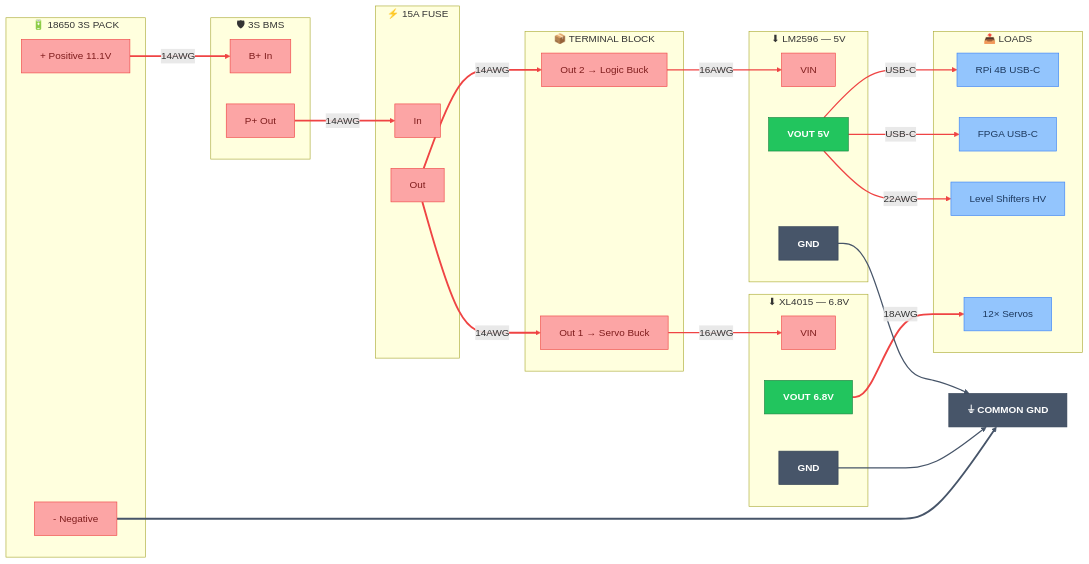
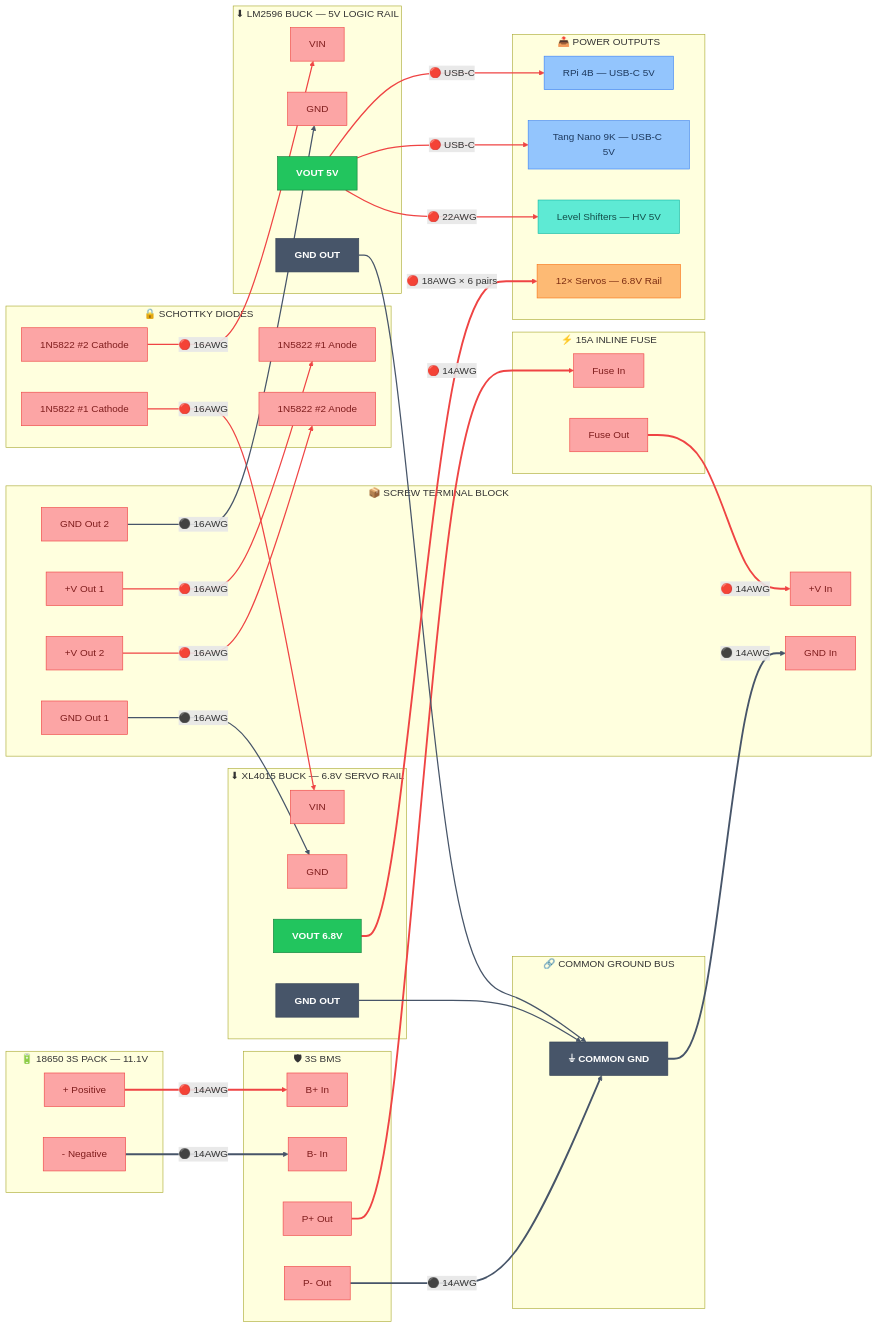
One commit to Major-Project-001/VIGIL-RQ changed the second of 9 diagrams in control/docs/wiring_diagram.md. Above: the diagram before and after it, drawn with Mermaid. The commit also changed other lines of this file, not shown here.

Commit message:
docs: Final wiring diagram — full detail + color-coded linkStyle on every line

````diff
--- a/control/docs/wiring_diagram.md
+++ b/control/docs/wiring_diagram.md
@@ -99,75 +152,107 @@
     classDef powerPin fill:#fca5a5,stroke:#ef4444,color:#7f1d1d
     classDef vcc fill:#22c55e,stroke:#15803d,color:#fff,font-weight:bold
     classDef gnd fill:#475569,stroke:#334155,color:#fff,font-weight:bold
-    classDef load fill:#93c5fd,stroke:#3b82f6,color:#1e3a5f
+    classDef rpiPin fill:#93c5fd,stroke:#3b82f6,color:#1e3a5f
+    classDef lsPin fill:#5eead4,stroke:#14b8a6,color:#134e4a
+    classDef servoPin fill:#fdba74,stroke:#f97316,color:#7c2d12
 
-    subgraph BATTERY["🔋 18650 3S PACK"]
-        BAT_POS["+ Positive 11.1V"]:::powerPin
+    subgraph BATTERY["🔋 18650 3S PACK — 11.1V"]
+        BAT_POS["+ Positive"]:::powerPin
         BAT_NEG["- Negative"]:::powerPin
     end
 
     subgraph BMS_BLOCK["🛡 3S BMS"]
-        BMS_IN["B+ In"]:::powerPin
-        BMS_OUT["P+ Out"]:::powerPin
+        BMS_BIN["B+ In"]:::powerPin
+        BMS_BMIN["B- In"]:::powerPin
+        BMS_POUT["P+ Out"]:::powerPin
+        BMS_NOUT["P- Out"]:::powerPin
     end
 
-    subgraph FUSE_BLOCK["⚡ 15A FUSE"]
-        FUSE_IN["In"]:::powerPin
-        FUSE_OUT["Out"]:::powerPin
+    subgraph FUSE_BLOCK["⚡ 15A INLINE FUSE"]
+        FUSE_IN["Fuse In"]:::powerPin
+        FUSE_OUT["Fuse Out"]:::powerPin
     end
 
-    subgraph TERMINAL["📦 TERMINAL BLOCK"]
-        T_V1["Out 1 → Servo Buck"]:::powerPin
-        T_V2["Out 2 → Logic Buck"]:::powerPin
+    subgraph TERMINAL["📦 SCREW TERMINAL BLOCK"]
+        T_VIN["+V In"]:::powerPin
+        T_GND["GND In"]:::powerPin
+        T_OUT1["+V Out 1"]:::powerPin
+        T_OUT2["+V Out 2"]:::powerPin
+        T_GND1["GND Out 1"]:::powerPin
+        T_GND2["GND Out 2"]:::powerPin
     end
 
-    subgraph SERVO_BUCK["⬇ XL4015 — 6.8V"]
-        BS_VIN["VIN"]:::powerPin
-        BS_VOUT["VOUT 6.8V"]:::vcc
-        BS_GND["GND"]:::gnd
+    subgraph DIODES["🔒 SCHOTTKY DIODES"]
+        D1_A["1N5822 #1 Anode"]:::powerPin
+        D1_K["1N5822 #1 Cathode"]:::powerPin
+        D2_A["1N5822 #2 Anode"]:::powerPin
+        D2_K["1N5822 #2 Cathode"]:::powerPin
     end
 
-    subgraph LOGIC_BUCK["⬇ LM2596 — 5V"]
-        BL_VIN["VIN"]:::powerPin
-        BL_VOUT["VOUT 5V"]:::vcc
-        BL_GND["GND"]:::gnd
+    subgraph BUCK_SERVO["⬇ XL4015 BUCK — 6.8V SERVO RAIL"]
+        BS_VIN["VIN"]:::powerPin
+        BS_GND["GND"]:::powerPin
+        BS_VOUT["VOUT 6.8V"]:::vcc
+        BS_GNDO["GND OUT"]:::gnd
     end
 
-    subgraph LOADS["📤 LOADS"]
-        RPI_PWR["RPi 4B USB-C"]:::load
-        FPGA_PWR["FPGA USB-C"]:::load
-        LS_PWR["Level Shifters HV"]:::load
-        SERVO_PWR["12× Servos"]:::load
+    subgraph BUCK_LOGIC["⬇ LM2596 BUCK — 5V LOGIC RAIL"]
+        BL_VIN["VIN"]:::powerPin
+        BL_GND["GND"]:::powerPin
+        BL_VOUT["VOUT 5V"]:::vcc
+        BL_GNDO["GND OUT"]:::gnd
     end
 
-    GND_STAR["⏚ COMMON GND"]:::gnd
+    subgraph COMMON_BUS["🔗 COMMON GROUND BUS"]
+        GND_BUS["⏚ COMMON GND"]:::gnd
+    end
 
-    BAT_POS -->|"14AWG"| BMS_IN
-    BMS_OUT -->|"14AWG"| FUSE_IN
-    FUSE_OUT -->|"14AWG"| T_V1
-    FUSE_OUT -->|"14AWG"| T_V2
-    T_V1 -->|"16AWG"| BS_VIN
-    T_V2 -->|"16AWG"| BL_VIN
-    BS_VOUT -->|"18AWG"| SERVO_PWR
-    BL_VOUT -->|"USB-C"| RPI_PWR
-    BL_VOUT -->|"USB-C"| FPGA_PWR
-    BL_VOUT -->|"22AWG"| LS_PWR
+    subgraph LOADS["📤 POWER OUTPUTS"]
+        RPI_5V["RPi 4B — USB-C 5V"]:::rpiPin
+        FPGA_5V["Tang Nano 9K — USB-C 5V"]:::rpiPin
+        LS_HV["Level Shifters — HV 5V"]:::lsPin
+        SERVO_PWR["12× Servos — 6.8V Rail"]:::servoPin
+    end
 
-    BAT_NEG --> GND_STAR
-    BS_GND --> GND_STAR
-    BL_GND --> GND_STAR
+    %% Battery → BMS (links 0-1)
+    BAT_POS -->|"🔴 14AWG"| BMS_BIN
+    BAT_NEG -->|"⚫ 14AWG"| BMS_BMIN
+
+    %% BMS → Fuse/GND (links 2-3)
+    BMS_POUT -->|"🔴 14AWG"| FUSE_IN
+    BMS_NOUT -->|"⚫ 14AWG"| GND_BUS
+
+    %% Fuse → Terminal (links 4-5)
+    FUSE_OUT -->|"🔴 14AWG"| T_VIN
+    GND_BUS -->|"⚫ 14AWG"| T_GND
+
+    %% Terminal → Diodes → Bucks (links 6-11)
+    T_OUT1 -->|"🔴 16AWG"| D1_A
+    D1_K -->|"🔴 16AWG"| BS_VIN
+    T_OUT2 -->|"🔴 16AWG"| D2_A
+    D2_K -->|"🔴 16AWG"| BL_VIN
+    T_GND1 -->|"⚫ 16AWG"| BS_GND
+    T_GND2 -->|"⚫ 16AWG"| BL_GND
+
+    %% Buck GND → common (links 12-13)
+    BS_GNDO --> GND_BUS
+    BL_GNDO --> GND_BUS
+
+    %% Buck outputs → loads (links 14-17)
+    BS_VOUT ==>|"🔴 18AWG × 6 pairs"| SERVO_PWR
+    BL_VOUT -->|"🔴 USB-C"| RPI_5V
+    BL_VOUT -->|"🔴 USB-C"| FPGA_5V
+    BL_VOUT -->|"🔴 22AWG"| LS_HV
 
     linkStyle 0 stroke:#ef4444,stroke-width:3px
-    linkStyle 1 stroke:#ef4444,stroke-width:3px
+    linkStyle 1 stroke:#475569,stroke-width:3px
     linkStyle 2 stroke:#ef4444,stroke-width:3px
-    linkStyle 3 stroke:#ef4444,stroke-width:3px
-    linkStyle 4 stroke:#ef4444,stroke-width:2px
-    linkStyle 5 stroke:#ef4444,stroke-width:2px
-    linkStyle 6 stroke:#ef4444,stroke-width:3px
-    linkStyle 7 stroke:#ef4444,stroke-width:2px
-    linkStyle 8 stroke:#ef4444,stroke-width:2px
-    linkStyle 9 stroke:#ef4444,stroke-width:2px
-    linkStyle 10 stroke:#475569,stroke-width:3px
-    linkStyle 11 stroke:#475569,stroke-width:2px
-    linkStyle 12 stroke:#475569,stroke-width:2px
+    linkStyle 3 stroke:#475569,stroke-width:3px
+    linkStyle 4 stroke:#ef4444,stroke-width:3px
+    linkStyle 5 stroke:#475569,stroke-width:3px
+    linkStyle 6,7,8,9 stroke:#ef4444,stroke-width:2px
+    linkStyle 10,11 stroke:#475569,stroke-width:2px
+    linkStyle 12,13 stroke:#475569,stroke-width:2px
+    linkStyle 14 stroke:#ef4444,stroke-width:3px
+    linkStyle 15,16,17 stroke:#ef4444,stroke-width:2px
 ```
````
